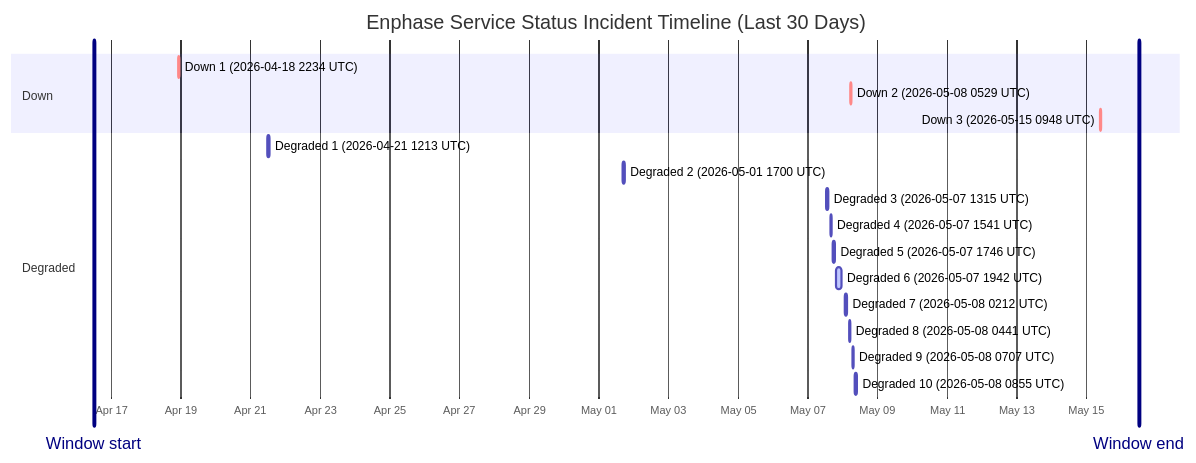
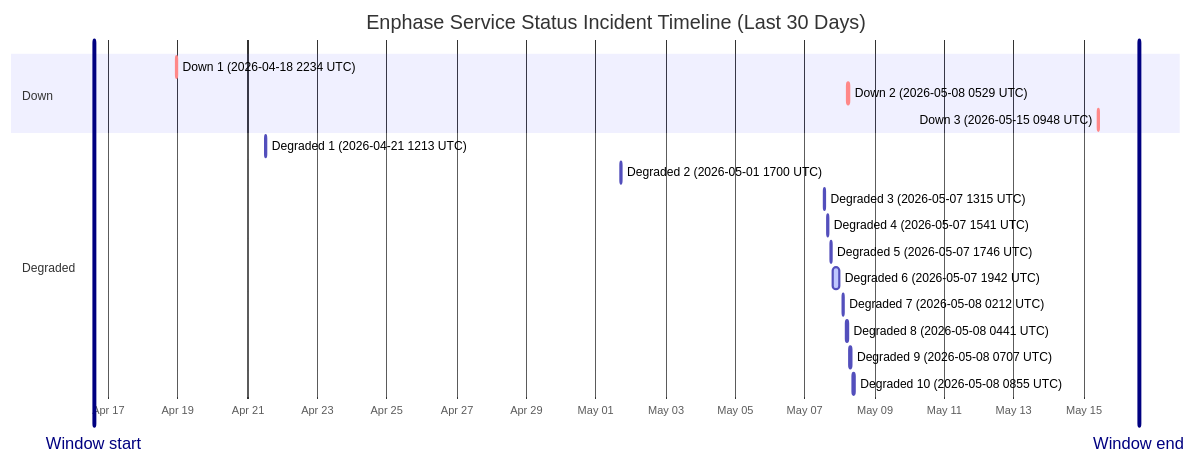
Before and after one commit to barneyonline/ha-enphase-ev-charger: the diagram in wiki/Service-Status-History.md, drawn with Mermaid. The commit also changed other lines of this file and 3 other files, not shown here.

````diff
--- a/wiki/Service-Status-History.md
+++ b/wiki/Service-Status-History.md
@@ -14,23 +14,23 @@
 ```mermaid
 gantt
     title Enphase Service Status Incident Timeline (Last 30 Days)
     dateFormat  YYYY-MM-DDTHH:mm:ss
     axisFormat  %b %d
-    Window start :vert, window-start, 2026-04-16T12:12:40, 0ms
-    Window end :vert, window-end, 2026-05-16T12:12:40, 0ms
+    Window start :vert, window-start, 2026-04-16T14:04:46, 0ms
+    Window end :vert, window-end, 2026-05-16T14:04:46, 0ms
     section Down
     Down 1 (2026-04-18 2234 UTC) :crit, down-1, 2026-04-18T22:34:13, 60m
     Down 2 (2026-05-08 0529 UTC) :crit, down-2, 2026-05-08T05:29:47, 60m
     Down 3 (2026-05-15 0948 UTC) :crit, down-3, 2026-05-15T09:48:18, 60m
     section Degraded
     Degraded 1 (2026-04-21 1213 UTC) :active, degraded-1, 2026-04-21T12:13:11, 60m
     Degraded 2 (2026-05-01 1700 UTC) :active, degraded-2, 2026-05-01T17:00:22, 60m
     Degraded 3 (2026-05-07 1315 UTC) :active, degraded-3, 2026-05-07T13:15:25, 60m
     Degraded 4 (2026-05-07 1541 UTC) :active, degraded-4, 2026-05-07T15:41:58, 60m
     Degraded 5 (2026-05-07 1746 UTC) :active, degraded-5, 2026-05-07T17:46:51, 60m
     Degraded 6 (2026-05-07 1942 UTC) :active, degraded-6, 2026-05-07T19:42:10, 249m
     Degraded 7 (2026-05-08 0212 UTC) :active, degraded-7, 2026-05-08T02:12:39, 60m
     Degraded 8 (2026-05-08 0441 UTC) :active, degraded-8, 2026-05-08T04:41:46, 60m
     Degraded 9 (2026-05-08 0707 UTC) :active, degraded-9, 2026-05-08T07:07:30, 60m
     Degraded 10 (2026-05-08 0855 UTC) :active, degraded-10, 2026-05-08T08:55:20, 88m
 ```
````
